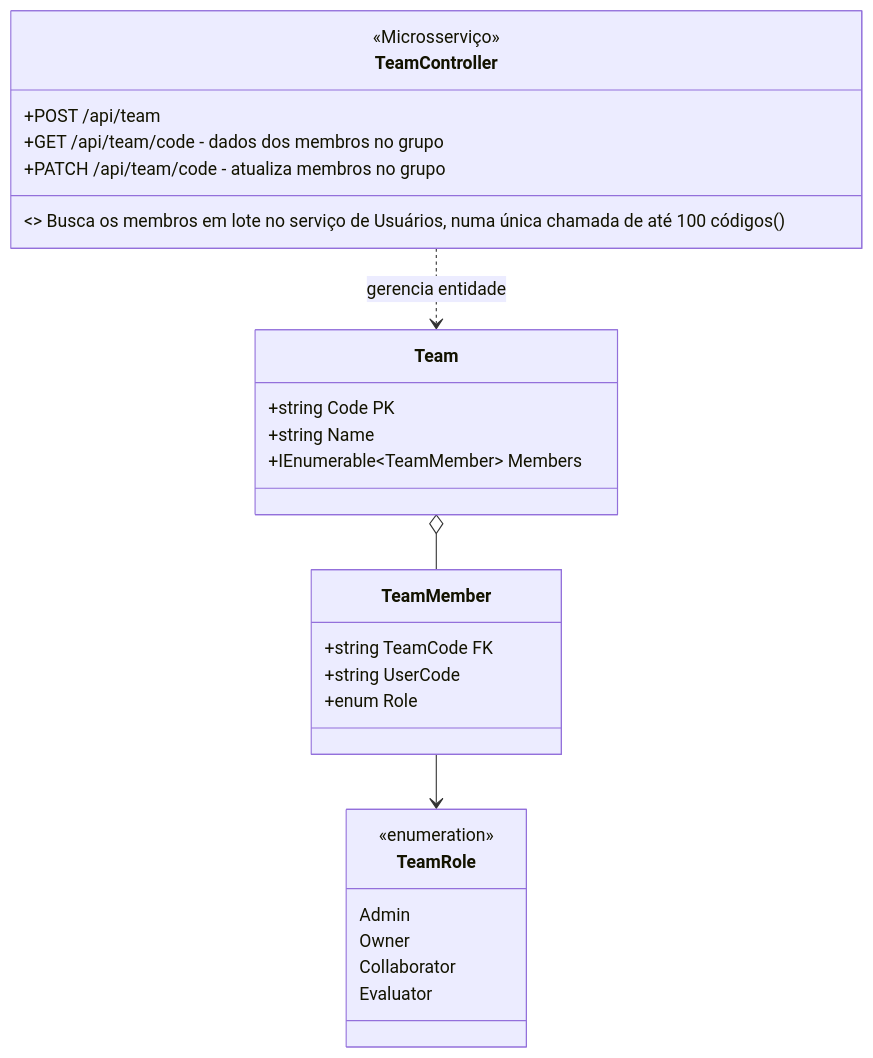
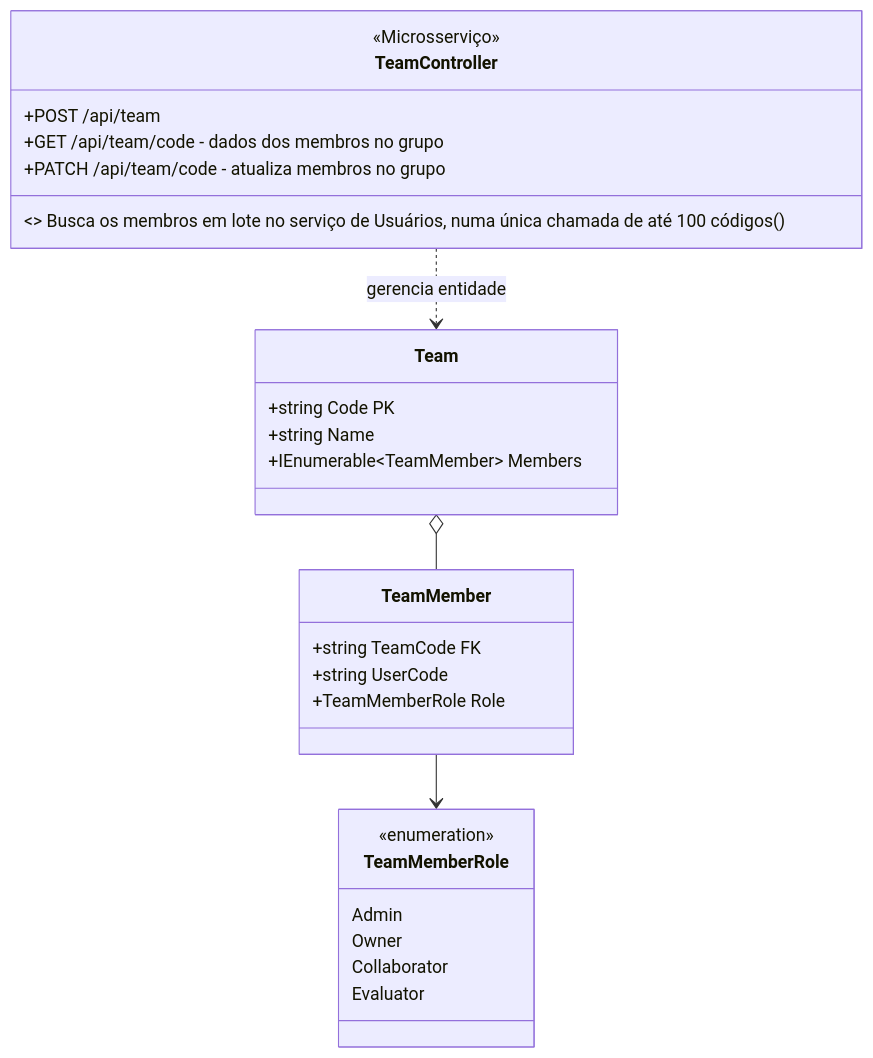
One commit to thales-vaz-sousa/Branchstorm changed the third of 8 diagrams in README.md. Above: the diagram before and after it, drawn with Mermaid. The commit also changed 22 other files, not shown here.

````diff
--- a/README.md
+++ b/README.md
@@ -113,34 +113,34 @@
 ```mermaid
 classDiagram
     class TeamController {
         <<Microsserviço>>
         +POST /api/team
         +GET /api/team/code - dados dos membros no grupo
         +PATCH /api/team/code - atualiza membros no grupo
         <<Integração>> Busca os membros em lote no serviço de Usuários, numa única chamada de até 100 códigos ()
     }
 
     class Team {
         +string Code PK
         +string Name
         +IEnumerable~TeamMember~ Members
     }
 
     class TeamMember {
         +string TeamCode FK
         +string UserCode
-        +enum Role
+        +TeamMemberRole Role
     }
 
-    class TeamRole {
+    class TeamMemberRole {
         <<enumeration>>
         Admin
         Owner
         Collaborator
         Evaluator
     }
 
     TeamController ..> Team : gerencia entidade
     Team o-- TeamMember
-    TeamMember --> TeamRole
+    TeamMember --> TeamMemberRole
 ```
````
